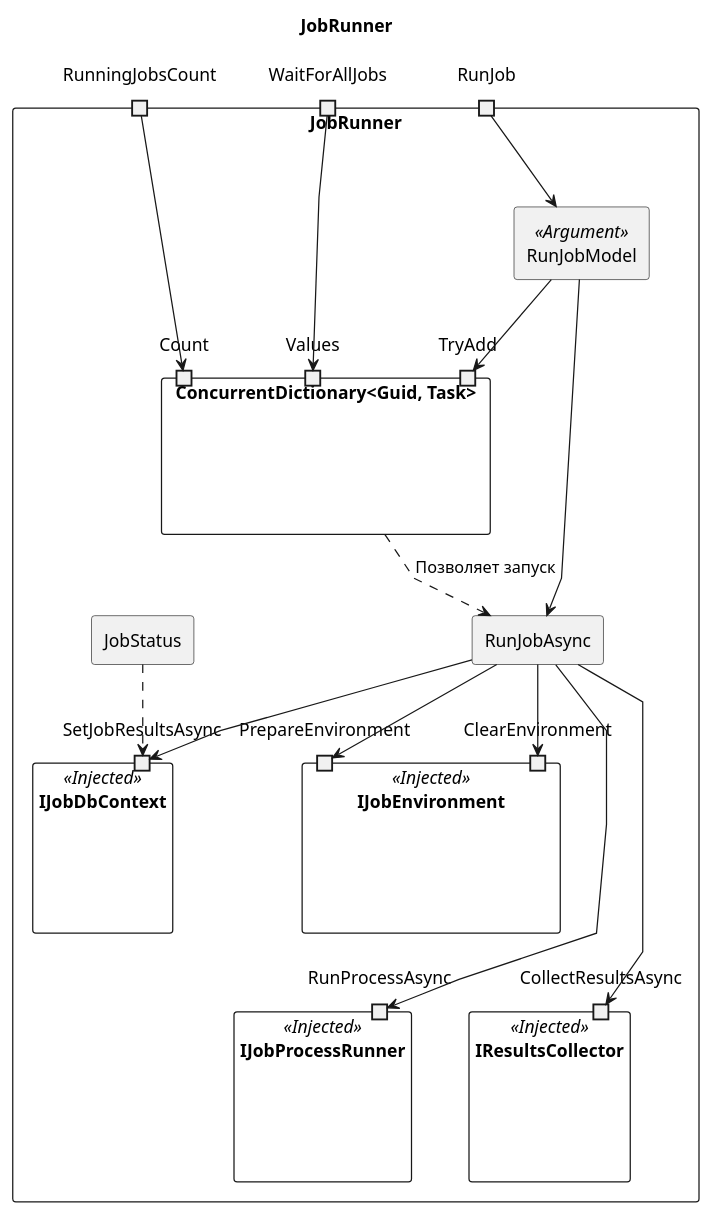
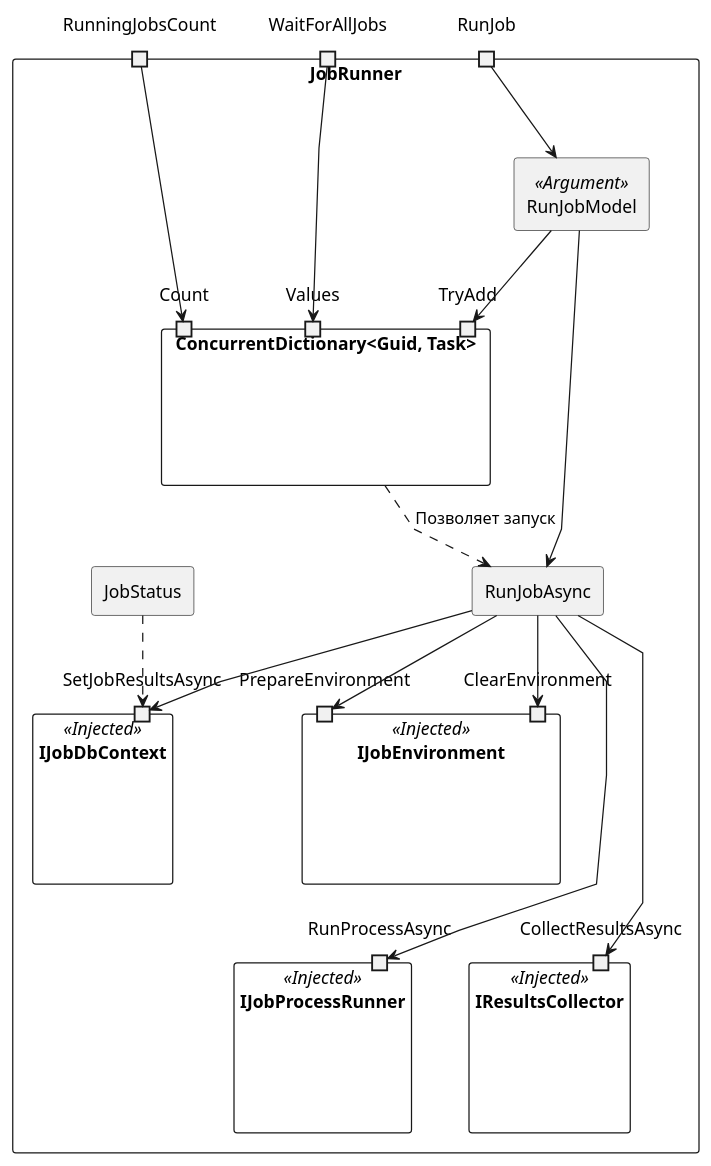
One commit to mrypdm/JobSystem changed the second of 7 diagrams in docs/diagrams/structure/Job.Worker.puml. Above: the diagram before and after it, drawn with PlantUML. The commit also changed other lines of this file and 8 other files, not shown here.

```diff
--- a/docs/diagrams/structure/Job.Worker.puml
+++ b/docs/diagrams/structure/Job.Worker.puml
@@ -74,54 +72,52 @@
 @startuml JobRunner
 skinparam componentStyle rectangle
 skinparam linetype polyline
-
-title JobRunner
 
 component JobRunner {
     component IJobDbContext << Injected >> as jobDbContext {
         portin SetJobResultsAsync
     }
 
     component IJobEnvironment << Injected >> as jobEnvironment {
         portin PrepareEnvironment
         portin ClearEnvironment
     }
 
     component IJobProcessRunner << Injected >> as jobProcessRunner {
         portin RunProcessAsync
     }
 
     component IResultsCollector << Injected >> as jobResultsCollector {
         portin CollectResultsAsync
     }
 
     component "ConcurrentDictionary<Guid, Task>" as jobs {
         portin Count
         portin Values
         portin TryAdd
     }
 
     [RunJobAsync]
 
     portin RunningJobsCount
     RunningJobsCount --> Count
 
     portin WaitForAllJobs
     WaitForAllJobs --> Values
 
     portin RunJob
     [RunJobModel] << Argument >>
     RunJob --> RunJobModel
     RunJobModel --> TryAdd
     RunJobModel --> RunJobAsync
     jobs ..> RunJobAsync : Позволяет запуск
 
     RunJobAsync --> PrepareEnvironment
     RunJobAsync --> ClearEnvironment
     RunJobAsync ----> RunProcessAsync
     RunJobAsync ----> CollectResultsAsync
     RunJobAsync --> SetJobResultsAsync
     [JobStatus] ..> SetJobResultsAsync
 }
 
 @enduml
```
